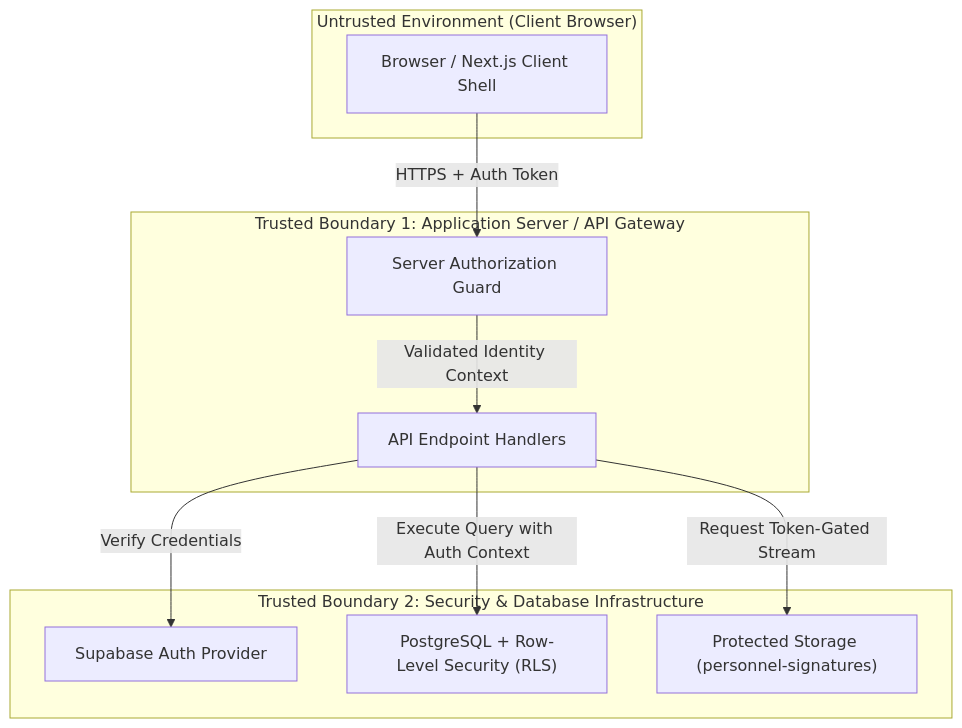
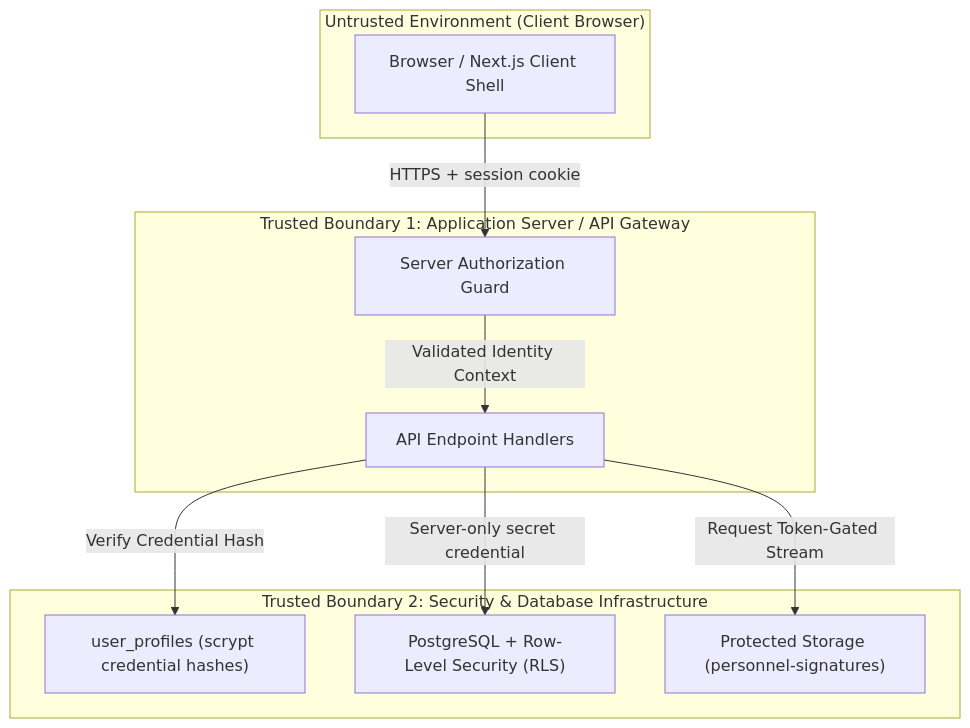
The second of 4 diagrams in architecture/SECURITY_MODEL.md (nicolaseugenio2022-cyber/St-rose-laboratory-result-management-system), drawn with Mermaid before and after one commit. The commit also changed other lines of this file and 4 other files, not shown here.

First line of the commit message:
docs: reconcile authority for application-owned auth and server-only data access

````diff
--- a/architecture/SECURITY_MODEL.md
+++ b/architecture/SECURITY_MODEL.md
@@ -82,23 +82,23 @@
 ```mermaid
 graph TD
     subgraph "Untrusted Environment (Client Browser)"
         ClientApp["Browser / Next.js Client Shell"]
     end
 
     subgraph "Trusted Boundary 1: Application Server / API Gateway"
         RouteGuard["Server Authorization Guard"]
         APIHandlers["API Endpoint Handlers"]
     end
 
     subgraph "Trusted Boundary 2: Security & Database Infrastructure"
-        SupabaseAuth["Supabase Auth Provider"]
+        CredentialStore["user_profiles (scrypt credential hashes)"]
         PostgreSQL["PostgreSQL + Row-Level Security (RLS)"]
         StorageBucket["Protected Storage (personnel-signatures)"]
     end
 
-    ClientApp -- "HTTPS + Auth Token" --> RouteGuard
+    ClientApp -- "HTTPS + session cookie" --> RouteGuard
     RouteGuard -- "Validated Identity Context" --> APIHandlers
-    APIHandlers -- "Verify Credentials" --> SupabaseAuth
-    APIHandlers -- "Execute Query with Auth Context" --> PostgreSQL
+    APIHandlers -- "Verify Credential Hash" --> CredentialStore
+    APIHandlers -- "Server-only secret credential" --> PostgreSQL
     APIHandlers -- "Request Token-Gated Stream" --> StorageBucket
 ```
````
